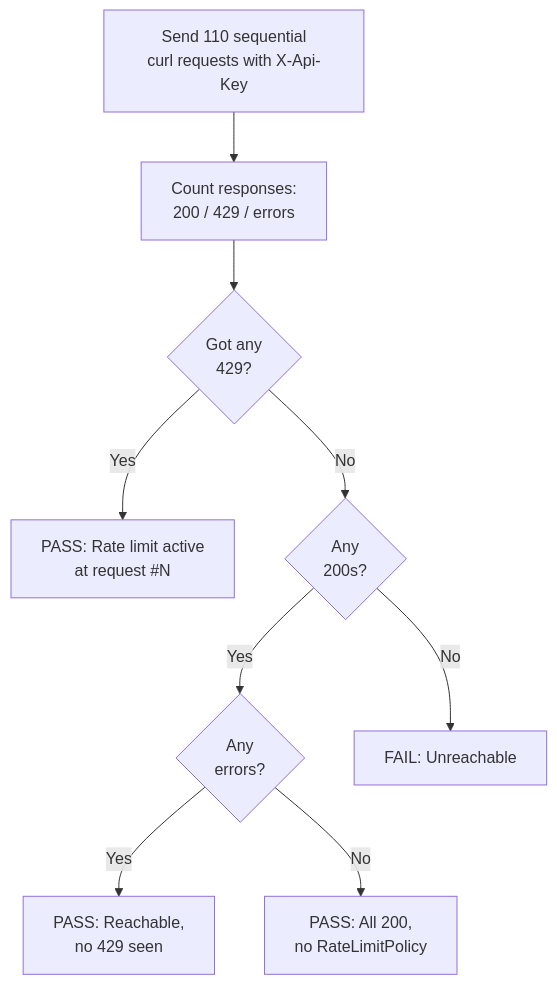
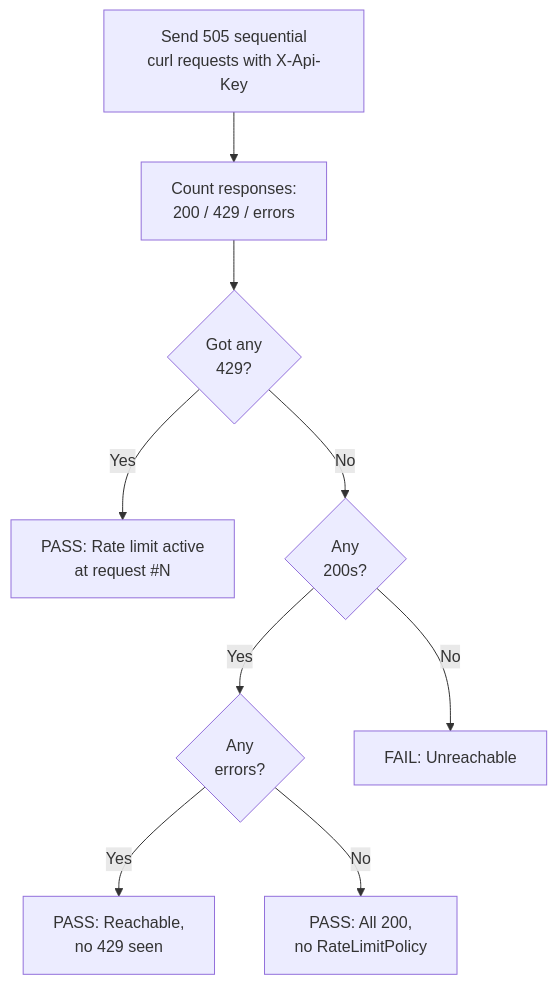
Before and after one commit to maximilianoPizarro/stadium-wallet: diagram 13 of 21 in docs/es/index.md, drawn with Mermaid. The commit also changed other lines of this file and 1 other file, not shown here.

````diff
--- a/docs/es/index.md
+++ b/docs/es/index.md
@@ -2330,11 +2390,11 @@
 ```mermaid
 flowchart TD
-  A["Send 110 sequential\ncurl requests with X-Api-Key"] --> B["Count responses:\n200 / 429 / errors"]
+  A["Send 505 sequential\ncurl requests with X-Api-Key"] --> B["Count responses:\n200 / 429 / errors"]
   B --> C{"Got any\n429?"}
   C -- Yes --> P1["PASS: Rate limit active\nat request #N"]
   C -- No --> D{"Any\n200s?"}
   D -- Yes --> E{"Any\nerrors?"}
   E -- Yes --> P2["PASS: Reachable,\nno 429 seen"]
   E -- No --> P3["PASS: All 200,\nno RateLimitPolicy"]
   D -- No --> FAIL["FAIL: Unreachable"]
 ```
````
